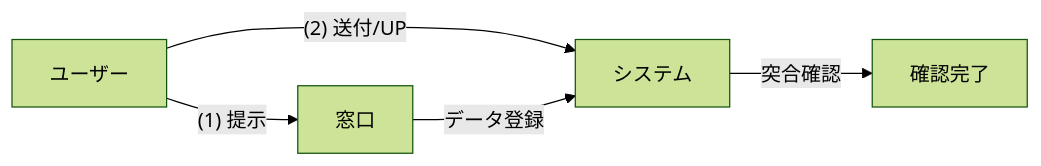
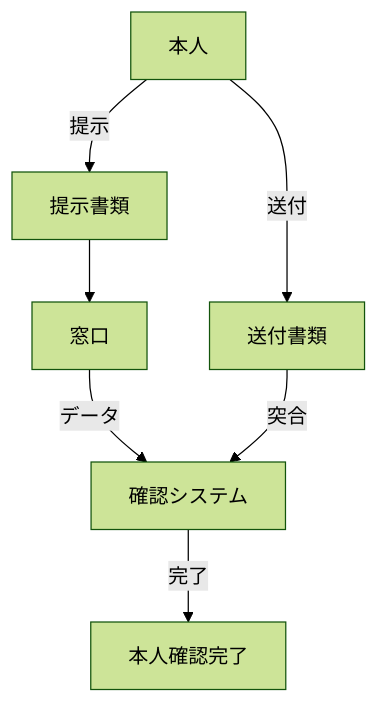
The fourth of 20 diagrams in hanshuho.md (CiderH2CO3/study-hanshuho), drawn with Mermaid (forest theme) before and after one commit. The commit also changed other lines of this file and 1 other file, not shown here.

````diff
--- a/hanshuho.md
+++ b/hanshuho.md
@@ -220,7 +204,15 @@
 ```mermaid
-graph LR
-    User[ユーザー] --(1) 提示--> Counter[窓口]
-    User --(2) 送付/UP--> Backend[システム]
-    Counter -- データ登録 --> Backend
-    Backend -- 突合確認 --> Result[確認完了]
+graph TD
+    User[本人]
+    Counter[窓口]
+    Doc1[提示書類]
+    Doc2[送付書類]
+    System[確認システム]
+
+    User -->|提示| Doc1
+    Doc1 --> Counter
+    User -->|送付| Doc2
+    Counter -->|データ| System
+    Doc2 -->|突合| System
+    System -->|完了| Done[本人確認完了]
 ```
````
